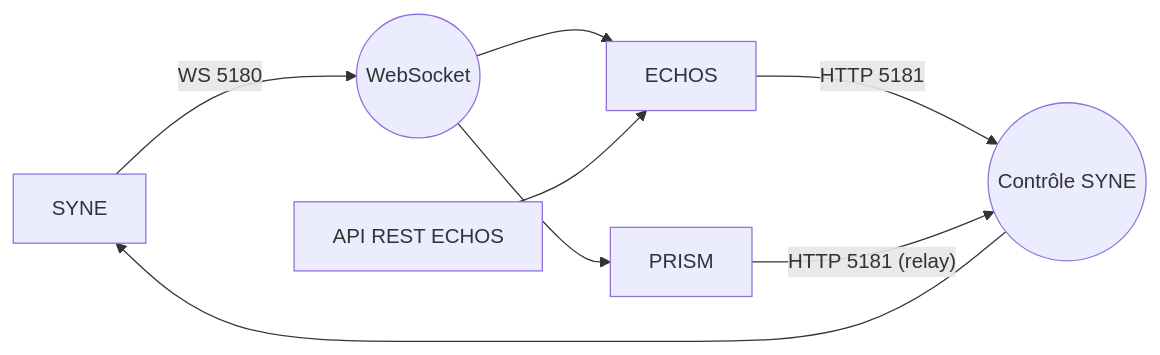
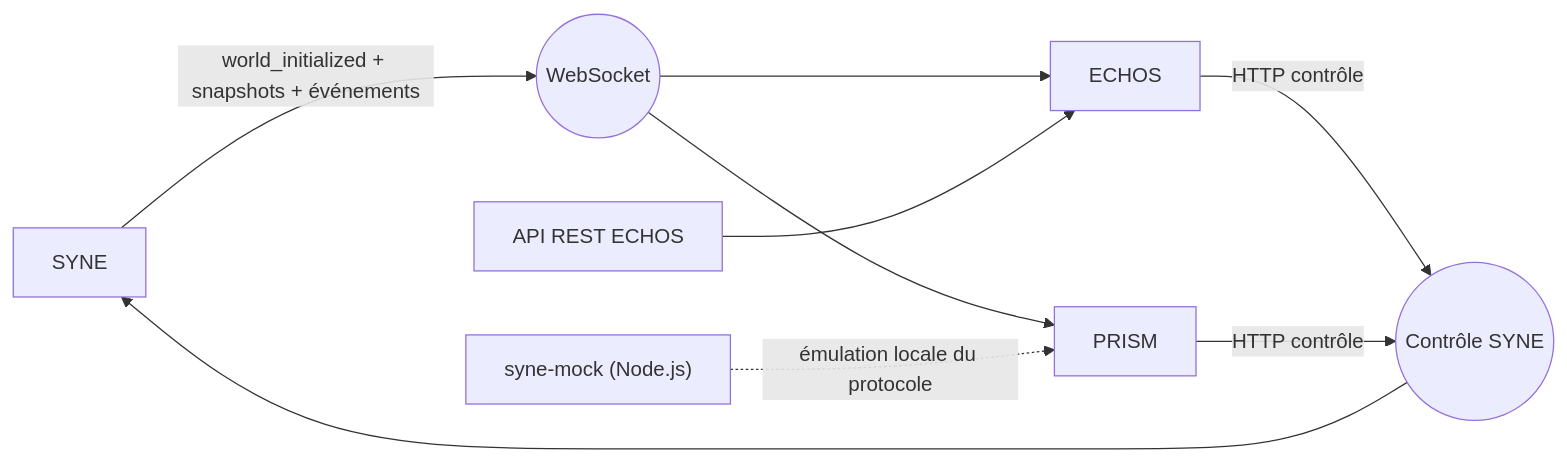
The diagram in COMMUNICATION.md (donovan-dev-web/LIVEX), drawn with Mermaid before and after one commit. The commit also changed other lines of this file and 16 other files, not shown here.

First line of the commit message:
docs(livex): réaligne la documentation transverse sur PRISM-Unreal et cadre syne-mock

````diff
--- a/COMMUNICATION.md
+++ b/COMMUNICATION.md
@@ -33,10 +33,11 @@
 ```mermaid
 flowchart LR
-    SYNE -->|"WS 5180"| WS((WebSocket))
+    SYNE -->|"world_initialized + snapshots + événements"| WS((WebSocket))
     WS --> ECHOS
     WS --> PRISM
-    ECHOS -->|"HTTP 5181"| CTL((Contrôle SYNE))
-    PRISM -->|"HTTP 5181 (relay)"| CTL
+    ECHOS -->|"HTTP contrôle"| CTL((Contrôle SYNE))
+    PRISM -->|"HTTP contrôle"| CTL
     CTL --> SYNE
+    MOCK["syne-mock (Node.js)"] -. "émulation locale du protocole" .-> PRISM
     EA[API REST ECHOS] --> ECHOS
 ```
````
